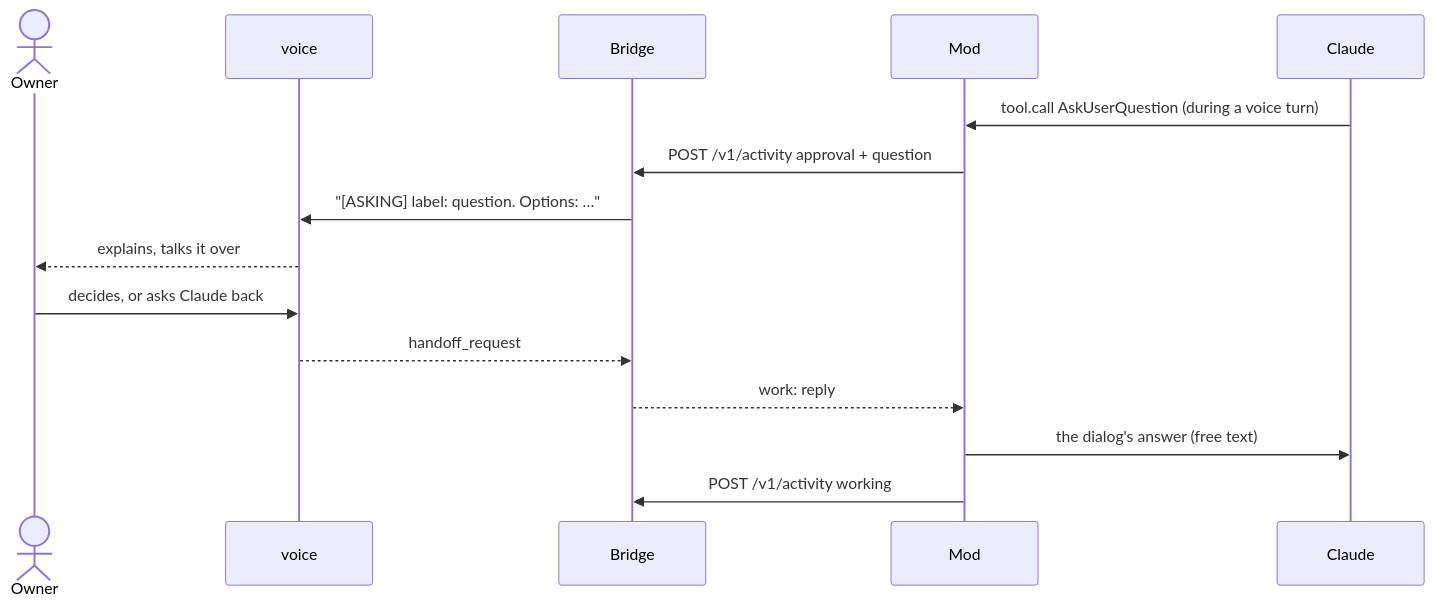
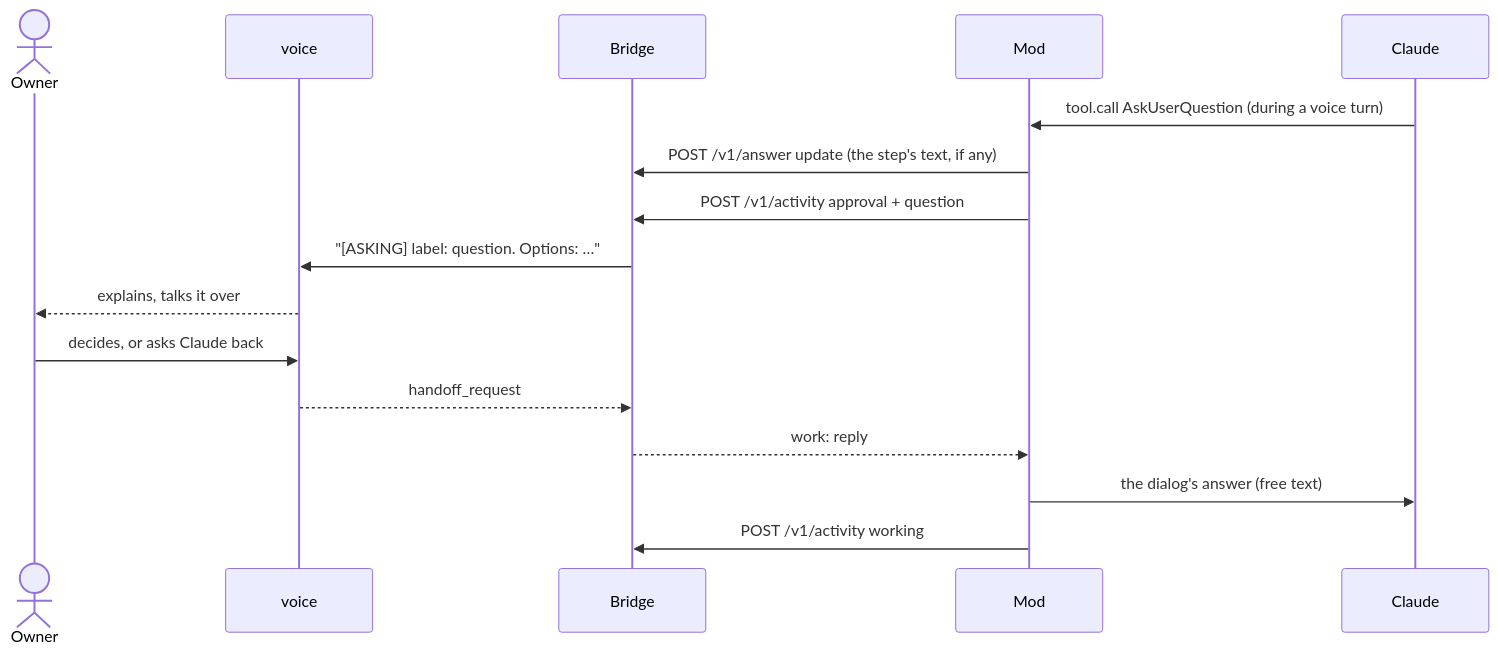
One commit to Nezhinskiy/claude-gpt-live-bridge changed the eighth of 8 diagrams in docs/architecture/overview.md. Above: the diagram before and after it, drawn with Mermaid. The commit also changed other lines of this file and 3 other files, not shown here.

````diff
--- a/docs/architecture/overview.md
+++ b/docs/architecture/overview.md
@@ -321,17 +323,18 @@
 ```mermaid
 sequenceDiagram
   actor Owner
   participant Codex as voice
   participant Bridge
   participant Mod
   participant Claude
   Claude->>Mod: tool.call AskUserQuestion (during a voice turn)
+  Mod->>Bridge: POST /v1/answer update (the step's text, if any)
   Mod->>Bridge: POST /v1/activity approval + question
   Bridge->>Codex: "[ASKING] label: question. Options: …"
   Codex-->>Owner: explains, talks it over
   Owner->>Codex: decides, or asks Claude back
   Codex-->>Bridge: handoff_request
   Bridge-->>Mod: work: reply
   Mod->>Claude: the dialog's answer (free text)
   Mod->>Bridge: POST /v1/activity working
 ```
````
